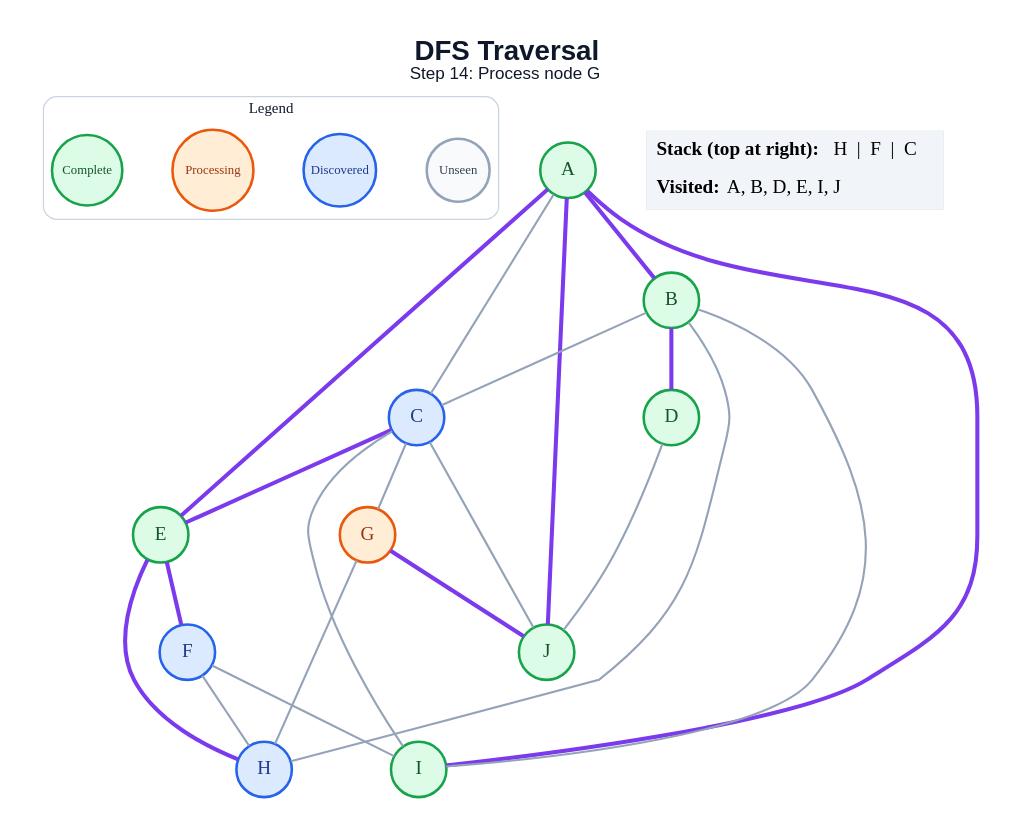
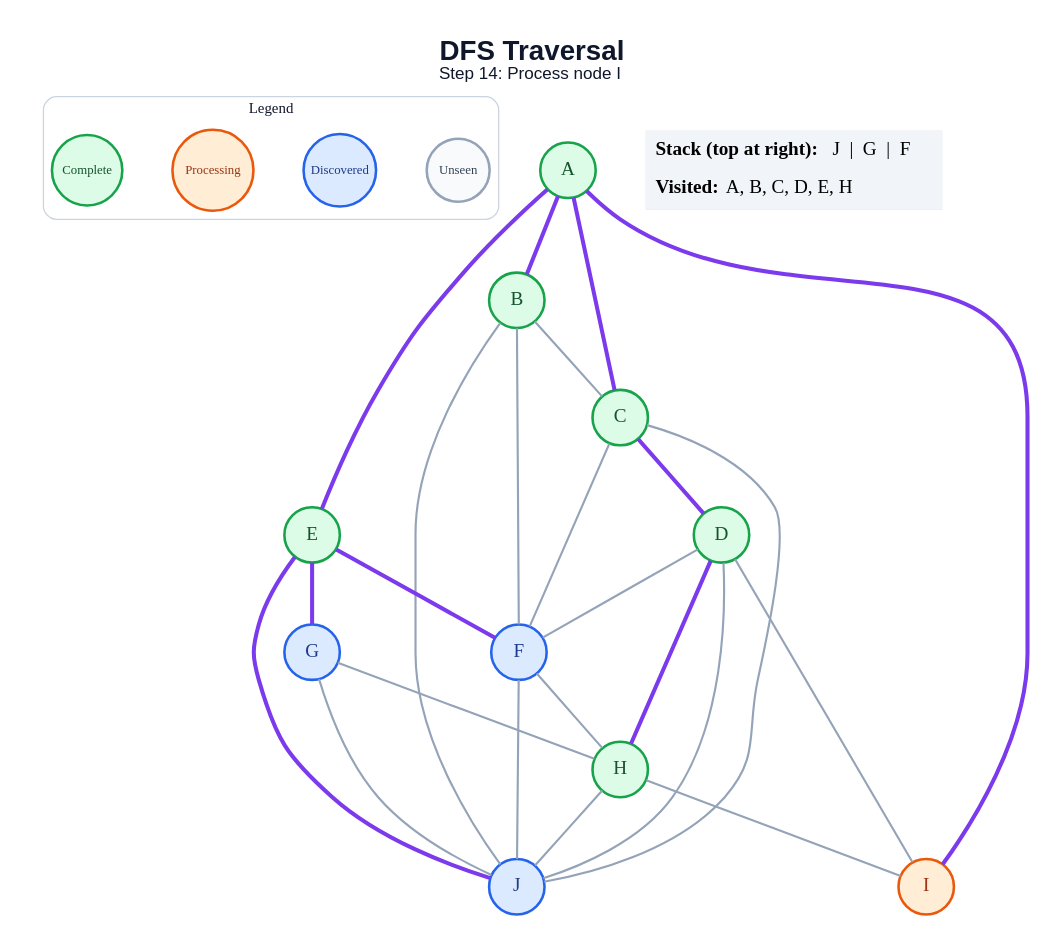
The diagram in generated/specific-node/dfs/step_14.dot (anon7238593-create/ai-slop), drawn with Graphviz before and after one commit. The commit also changed 178 other files, not shown here.

```diff
--- a/generated/specific-node/dfs/step_14.dot
+++ b/generated/specific-node/dfs/step_14.dot
@@ -1,49 +1,52 @@
 graph traversal {
   graph [layout=dot, rankdir=TB, bgcolor="#FFFFFF", pad="0.35", nodesep="0.65", ranksep="0.8", fontname="Arial"];
   node [shape=circle, style="filled", fontname="Arial Bold", fontsize=18, width=0.72, fixedsize=true, penwidth=2.4];
   edge [color="#94A3B8", penwidth=2.0];
-  label=<<B>DFS Traversal</B><BR/><FONT POINT-SIZE="16">Step 14: Process node G</FONT>>; labelloc="t"; fontsize=26; fontname="Arial"; fontcolor="#0F172A";
+  label=<<B>DFS Traversal</B><BR/><FONT POINT-SIZE="16">Step 14: Process node I</FONT>>; labelloc="t"; fontsize=26; fontname="Arial"; fontcolor="#0F172A";
   subgraph cluster_legend { label="Legend"; color="#CBD5E1"; penwidth=1.2; style="rounded"; fontsize=14; fontname="Arial Bold";
     key_unseen [label="Unseen", fillcolor="#F8FAFC", color="#94A3B8", fontcolor="#334155", fontsize=12, width=0.82];
     key_frontier [label="Discovered", fillcolor="#DBEAFE", color="#2563EB", fontcolor="#1E3A8A", fontsize=12, width=0.95];
     key_current [label="Processing", fillcolor="#FFEDD5", color="#EA580C", fontcolor="#9A3412", fontsize=12, width=1.05];
     key_done [label="Complete", fillcolor="#DCFCE7", color="#16A34A", fontcolor="#14532D", fontsize=12, width=0.92];
     { rank=same; key_unseen; key_frontier; key_current; key_done; }
   }
   A [fillcolor="#DCFCE7", color="#16A34A", fontcolor="#14532D"];
   B [fillcolor="#DCFCE7", color="#16A34A", fontcolor="#14532D"];
-  C [fillcolor="#DBEAFE", color="#2563EB", fontcolor="#1E3A8A"];
+  C [fillcolor="#DCFCE7", color="#16A34A", fontcolor="#14532D"];
   D [fillcolor="#DCFCE7", color="#16A34A", fontcolor="#14532D"];
   E [fillcolor="#DCFCE7", color="#16A34A", fontcolor="#14532D"];
   F [fillcolor="#DBEAFE", color="#2563EB", fontcolor="#1E3A8A"];
-  G [fillcolor="#FFEDD5", color="#EA580C", fontcolor="#9A3412"];
-  H [fillcolor="#DBEAFE", color="#2563EB", fontcolor="#1E3A8A"];
-  I [fillcolor="#DCFCE7", color="#16A34A", fontcolor="#14532D"];
-  J [fillcolor="#DCFCE7", color="#16A34A", fontcolor="#14532D"];
+  G [fillcolor="#DBEAFE", color="#2563EB", fontcolor="#1E3A8A"];
+  H [fillcolor="#DCFCE7", color="#16A34A", fontcolor="#14532D"];
+  I [fillcolor="#FFEDD5", color="#EA580C", fontcolor="#9A3412"];
+  J [fillcolor="#DBEAFE", color="#2563EB", fontcolor="#1E3A8A"];
   A -- B [color="#7C3AED", penwidth=3.8];
-  A -- C;
+  A -- C [color="#7C3AED", penwidth=3.8];
   A -- E [color="#7C3AED", penwidth=3.8];
   A -- I [color="#7C3AED", penwidth=3.8];
-  A -- J [color="#7C3AED", penwidth=3.8];
   B -- C;
-  B -- D [color="#7C3AED", penwidth=3.8];
-  B -- H;
-  B -- I;
-  C -- E [color="#7C3AED", penwidth=3.8];
-  C -- G;
-  C -- I;
+  B -- F;
+  B -- J;
+  C -- D [color="#7C3AED", penwidth=3.8];
+  C -- F;
   C -- J;
+  D -- F;
+  D -- H [color="#7C3AED", penwidth=3.8];
+  D -- I;
   D -- J;
   E -- F [color="#7C3AED", penwidth=3.8];
-  E -- H [color="#7C3AED", penwidth=3.8];
+  E -- G [color="#7C3AED", penwidth=3.8];
+  E -- J [color="#7C3AED", penwidth=3.8];
   F -- H;
-  F -- I;
+  F -- J;
   G -- H;
-  G -- J [color="#7C3AED", penwidth=3.8];
+  G -- J;
+  H -- I;
+  H -- J;
   status [shape=plain, fixedsize=false, width=0, height=0, margin=0, label=<
     <TABLE BORDER="0" CELLBORDER="0" CELLPADDING="7" BGCOLOR="#F1F5F9">
-      <TR><TD ALIGN="LEFT"><B>Stack (top at right):</B> H  |  F  |  C</TD></TR>
-      <TR><TD ALIGN="LEFT"><B>Visited:</B> A, B, D, E, I, J</TD></TR>
+      <TR><TD ALIGN="LEFT"><B>Stack (top at right):</B> J  |  G  |  F</TD></TR>
+      <TR><TD ALIGN="LEFT"><B>Visited:</B> A, B, C, D, E, H</TD></TR>
     </TABLE>
   >];
 }
```
